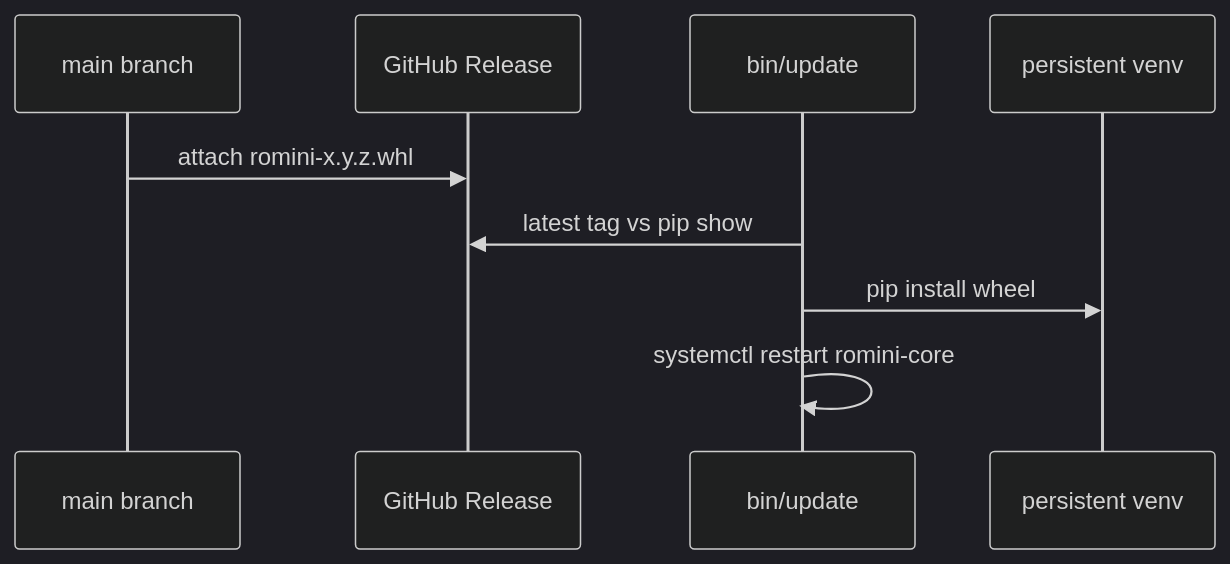
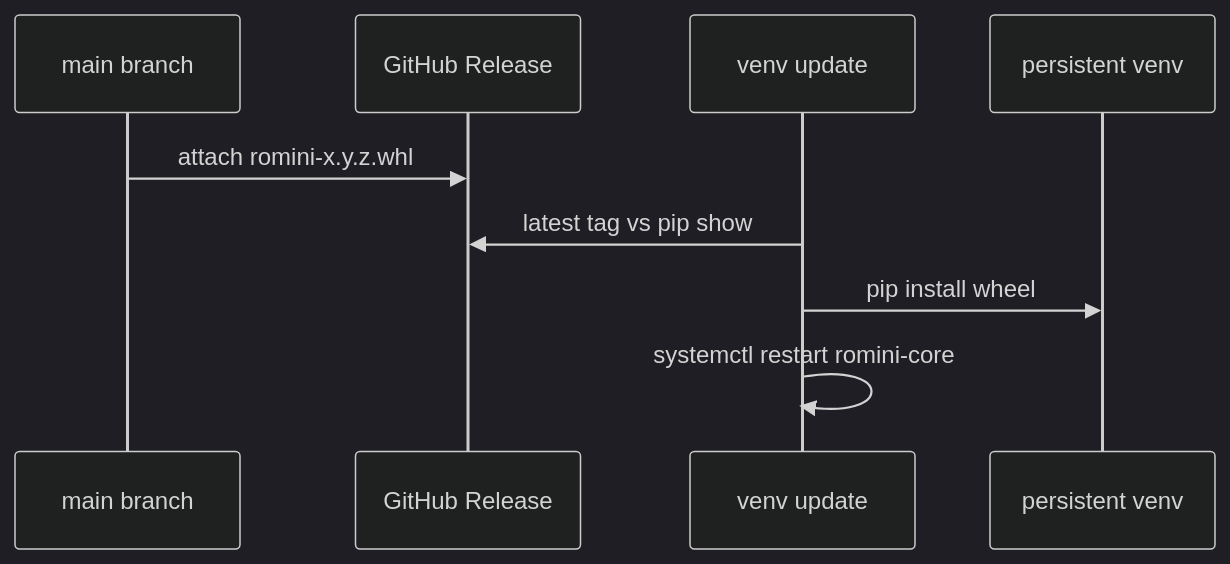
The diagram in docs/ADRs/0002-github-release-wheel-ota.md (mzworthington/RoMini), drawn with Mermaid (dark theme) before and after one commit. The commit also changed other lines of this file and 10 other files, not shown here.

````diff
--- a/docs/ADRs/0002-github-release-wheel-ota.md
+++ b/docs/ADRs/0002-github-release-wheel-ota.md
@@ -40,11 +41,11 @@
 ```mermaid
 sequenceDiagram
   participant Main as main branch
   participant Rel as GitHub Release
-  participant Pi as bin/update
+  participant Pi as venv update
   participant Venv as persistent venv
   Main->>Rel: attach romini-x.y.z.whl
   Pi->>Rel: latest tag vs pip show
   Pi->>Venv: pip install wheel
   Pi->>Pi: systemctl restart romini-core
 ```
````
